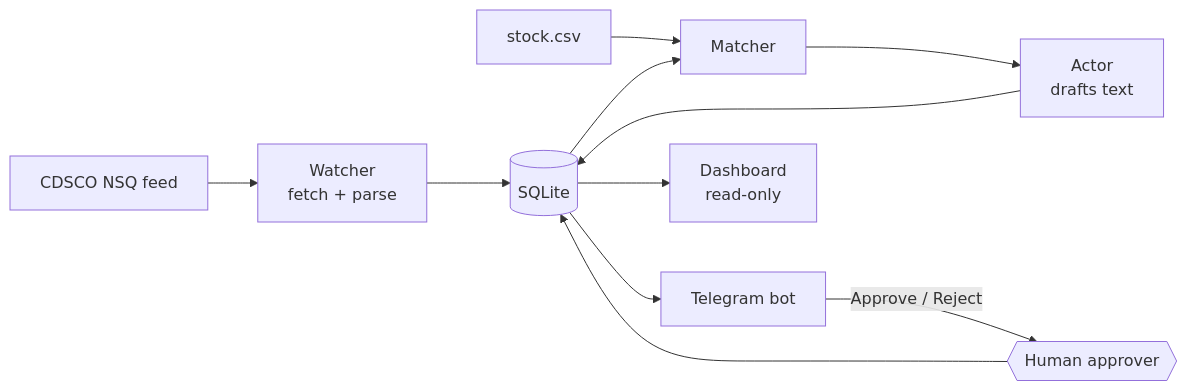
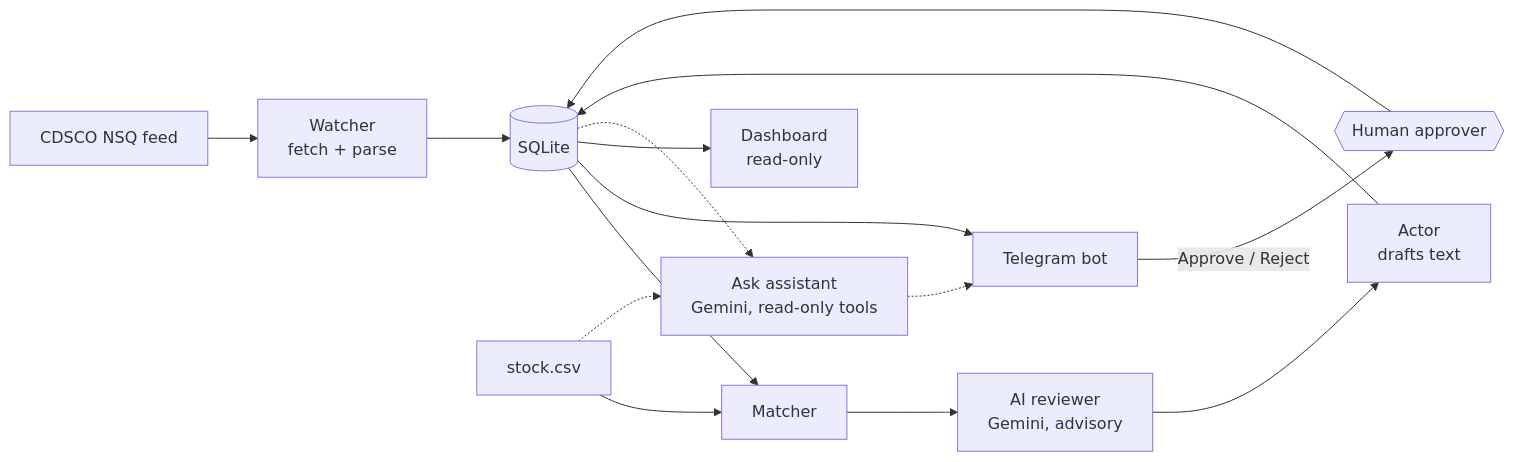
The diagram in README.md (Pulkit-Pathak-bug/Batchwatch), drawn with Mermaid before and after one commit. The commit also changed other lines of this file and 12 other files, not shown here.

First line of the commit message:
Add Gemini match reviewer and /ask assistant (advisory, read-only)

````diff
--- a/README.md
+++ b/README.md
@@ -9,13 +9,17 @@
 ```mermaid
 flowchart LR
     CDSCO[CDSCO NSQ feed] --> W[Watcher<br/>fetch + parse]
     W --> DB[(SQLite)]
     STOCK[stock.csv] --> M[Matcher]
     DB --> M
-    M --> A[Actor<br/>drafts text]
+    M --> R[AI reviewer<br/>Gemini, advisory]
+    R --> A[Actor<br/>drafts text]
     A --> DB
     DB --> BOT[Telegram bot]
     BOT -->|Approve / Reject| H{{Human approver}}
     H --> DB
     DB --> DASH[Dashboard<br/>read-only]
+    DB -.-> ASK[Ask assistant<br/>Gemini, read-only tools]
+    STOCK -.-> ASK
+    ASK -.-> BOT
 ```
````
